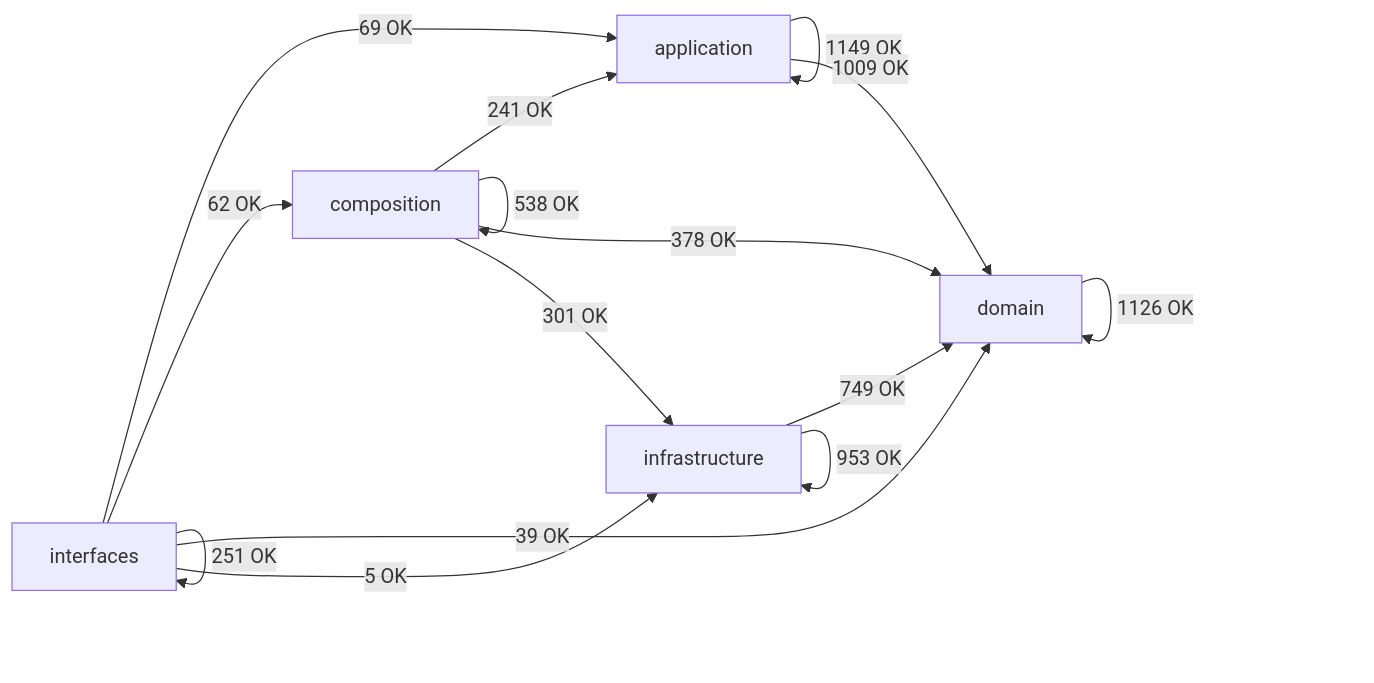
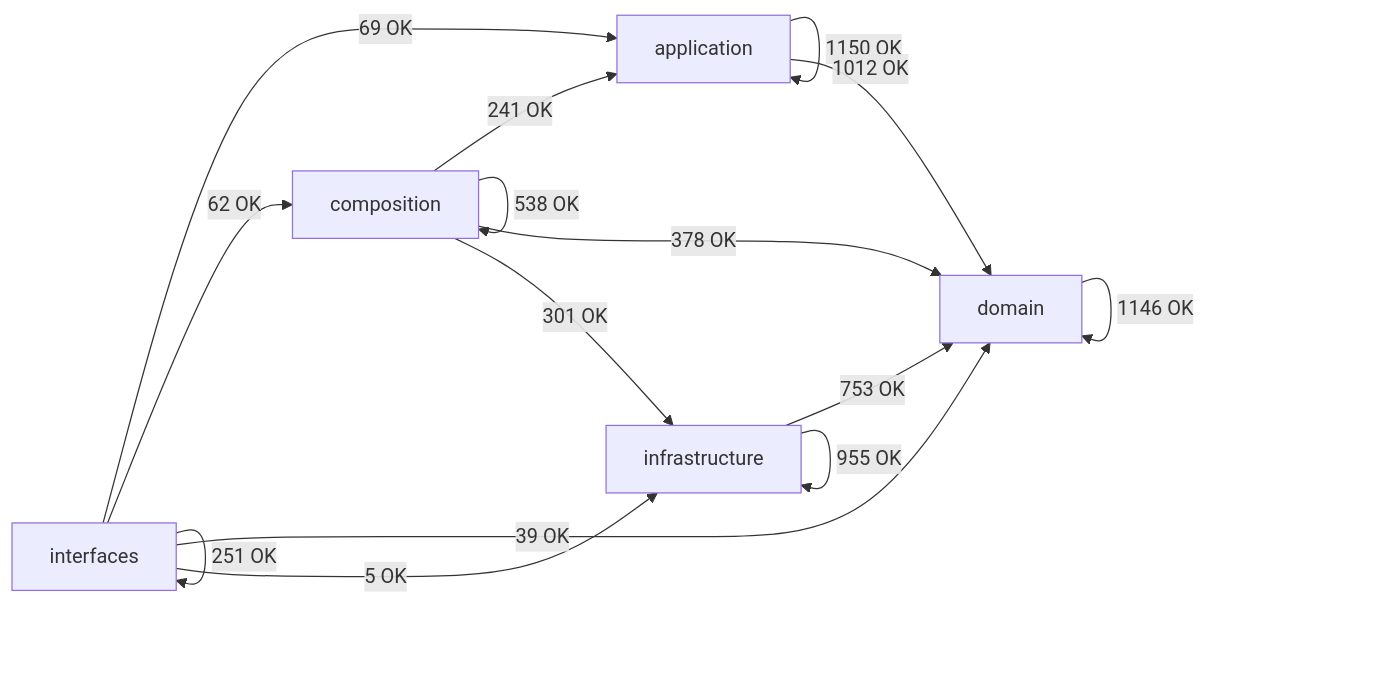
The diagram in docs/02-architecture/generated/module-dependency-map.md (SatoryKono/BioactivityDataAcquisition), drawn with Mermaid before and after one commit. The commit also changed other lines of this file and 84 other files, not shown here.

````diff
--- a/docs/02-architecture/generated/module-dependency-map.md
+++ b/docs/02-architecture/generated/module-dependency-map.md
@@ -17,22 +17,22 @@
 ```mermaid
 flowchart LR
     domain[domain]
     application[application]
     infrastructure[infrastructure]
     composition[composition]
     interfaces[interfaces]
-    application -->|1149 OK| application
-    application -->|1009 OK| domain
+    application -->|1150 OK| application
+    application -->|1012 OK| domain
     composition -->|241 OK| application
     composition -->|538 OK| composition
     composition -->|378 OK| domain
     composition -->|301 OK| infrastructure
-    domain -->|1126 OK| domain
-    infrastructure -->|749 OK| domain
-    infrastructure -->|953 OK| infrastructure
+    domain -->|1146 OK| domain
+    infrastructure -->|753 OK| domain
+    infrastructure -->|955 OK| infrastructure
     interfaces -->|69 OK| application
     interfaces -->|62 OK| composition
     interfaces -->|39 OK| domain
     interfaces -->|5 OK| infrastructure
     interfaces -->|251 OK| interfaces
 ```
````
